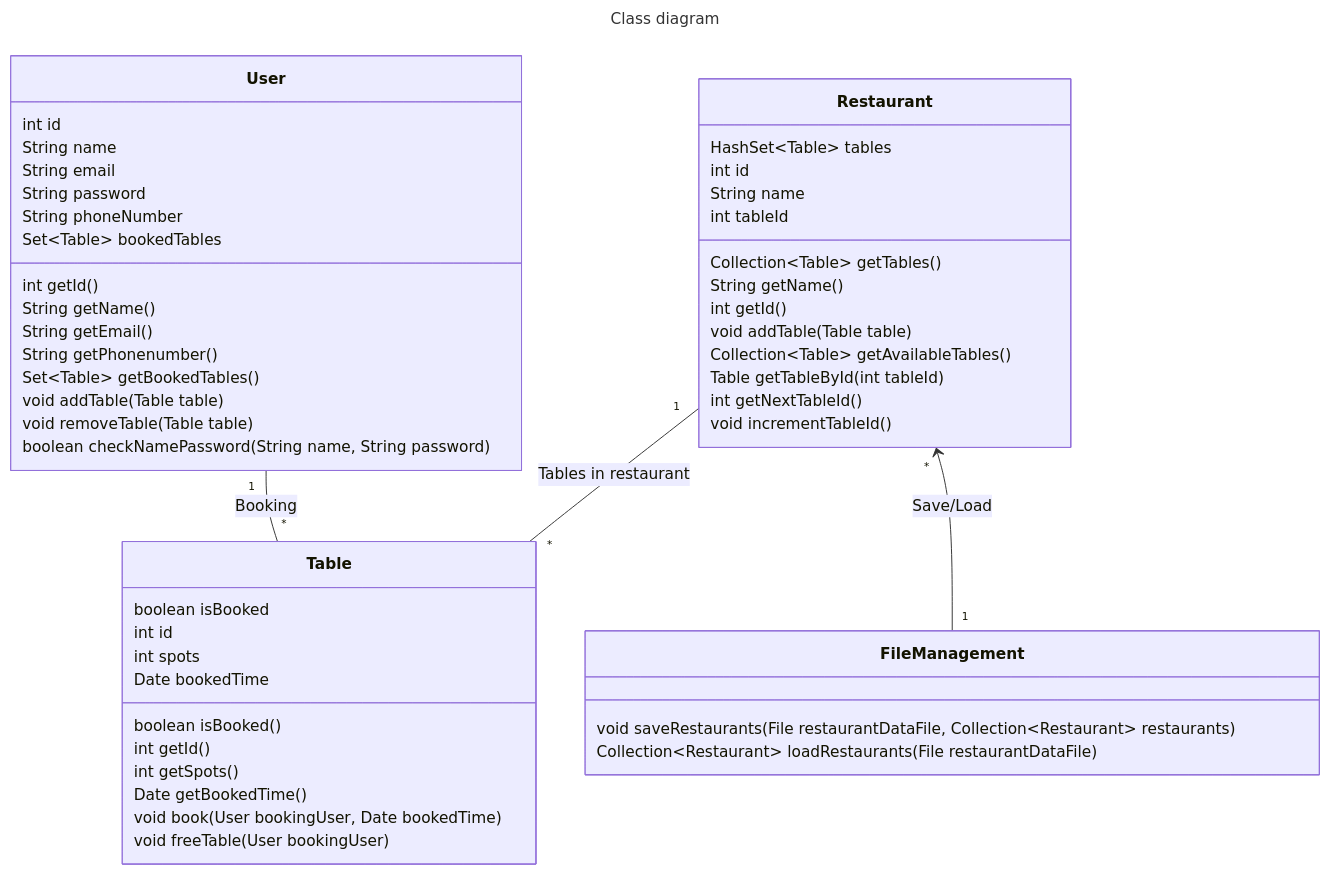
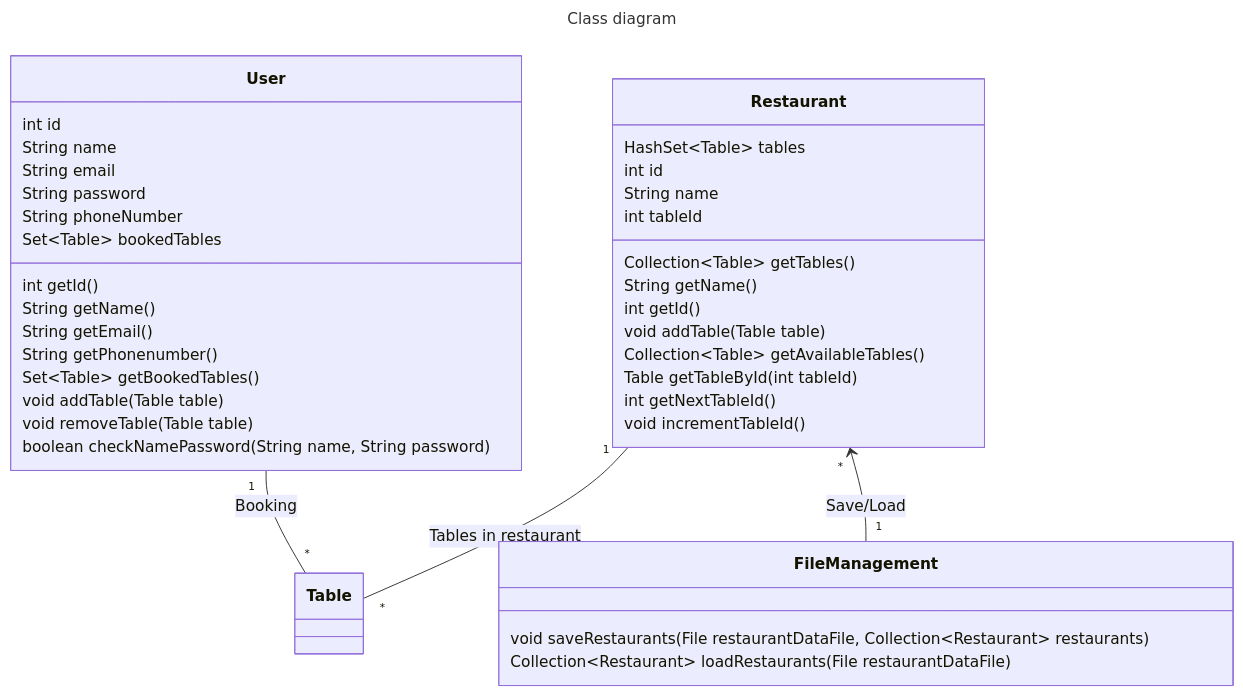
Before and after one commit to marsun02/IT1901_Booking_Manager: the diagram in class-diagram.md, drawn with Mermaid.

Commit message:
docs: :memo: Removed table class #240

````diff
--- a/class-diagram.md
+++ b/class-diagram.md
@@ -1,66 +1,54 @@
 ```mermaid
 ---
 title: Class diagram
 ---
 
 classDiagram
-    class Table{
-        boolean isBooked
-        int id
-        int spots
-        Date bookedTime
-
-        boolean isBooked()
-        int getId()
-        int getSpots()
-        Date getBookedTime()
-        void book(User bookingUser, Date bookedTime)
-        void freeTable(User bookingUser)
-    }
+    
 
     class User{
         int id
         String name
         String email
         String password
         String phoneNumber
         Set&lt;Table&gt bookedTables
 
         int getId()
         String getName()
         String getEmail()
         String getPhonenumber()
         Set&lt;Table&gt getBookedTables()
         void addTable(Table table)
         void removeTable(Table table)
         boolean checkNamePassword(String name, String password)
     }
 
     class Restaurant{
         
         HashSet&lt;Table&gt; tables
         int id
         String name
         int tableId
 
 
         Collection&lt;Table&gt getTables()
         String getName()
         int getId()
         void addTable(Table table)
         Collection&lt;Table&gt getAvailableTables()
         Table getTableById(int tableId)
         int getNextTableId()
         void incrementTableId()
     }
 
     class FileManagement{
 
         void saveRestaurants(File restaurantDataFile, Collection&lt;Restaurant&gt restaurants)
         Collection&lt;Restaurant&gt loadRestaurants(File restaurantDataFile)
     }
 
     User "1" -- "*" Table : Booking
     Restaurant "1" -- "*" Table : Tables in restaurant
     Restaurant "*" <-- "1" FileManagement : Save/Load
 ```
````
